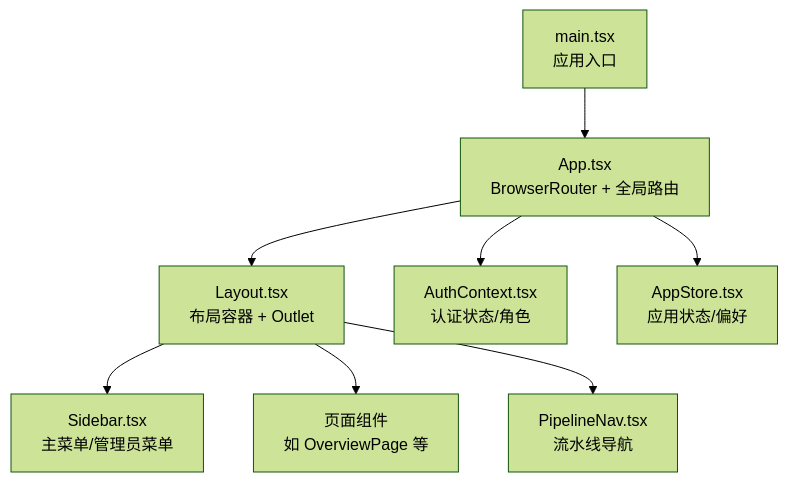
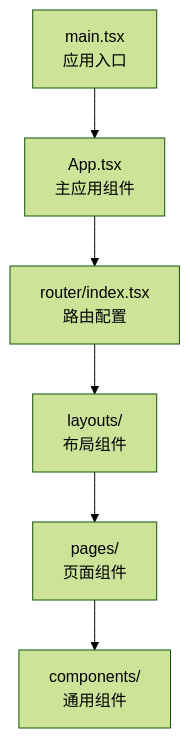
The first of 6 diagrams in .qoder/repowiki/zh/content/前端应用架构/路由与导航.md (angledick/-), drawn with Mermaid (forest theme) before and after one commit. The commit also changed other lines of this file and 770 other files, not shown here.

````diff
--- a/.qoder/repowiki/zh/content/前端应用架构/路由与导航.md
+++ b/.qoder/repowiki/zh/content/前端应用架构/路由与导航.md
@@ -32,10 +65,8 @@
 ```mermaid
 graph TB
-A["main.tsx<br/>应用入口"] --> B["App.tsx<br/>BrowserRouter + 全局路由"]
-B --> C["Layout.tsx<br/>布局容器 + Outlet"]
-C --> D["Sidebar.tsx<br/>主菜单/管理员菜单"]
-C --> E["页面组件<br/>如 OverviewPage 等"]
-B --> F["AuthContext.tsx<br/>认证状态/角色"]
-B --> G["AppStore.tsx<br/>应用状态/偏好"]
-C --> H["PipelineNav.tsx<br/>流水线导航"]
+A["main.tsx<br/>应用入口"] --> B["App.tsx<br/>主应用组件"]
+B --> C["router/index.tsx<br/>路由配置"]
+C --> D["layouts/<br/>布局组件"]
+D --> E["pages/<br/>页面组件"]
+E --> F["components/<br/>通用组件"]
 ```
````
